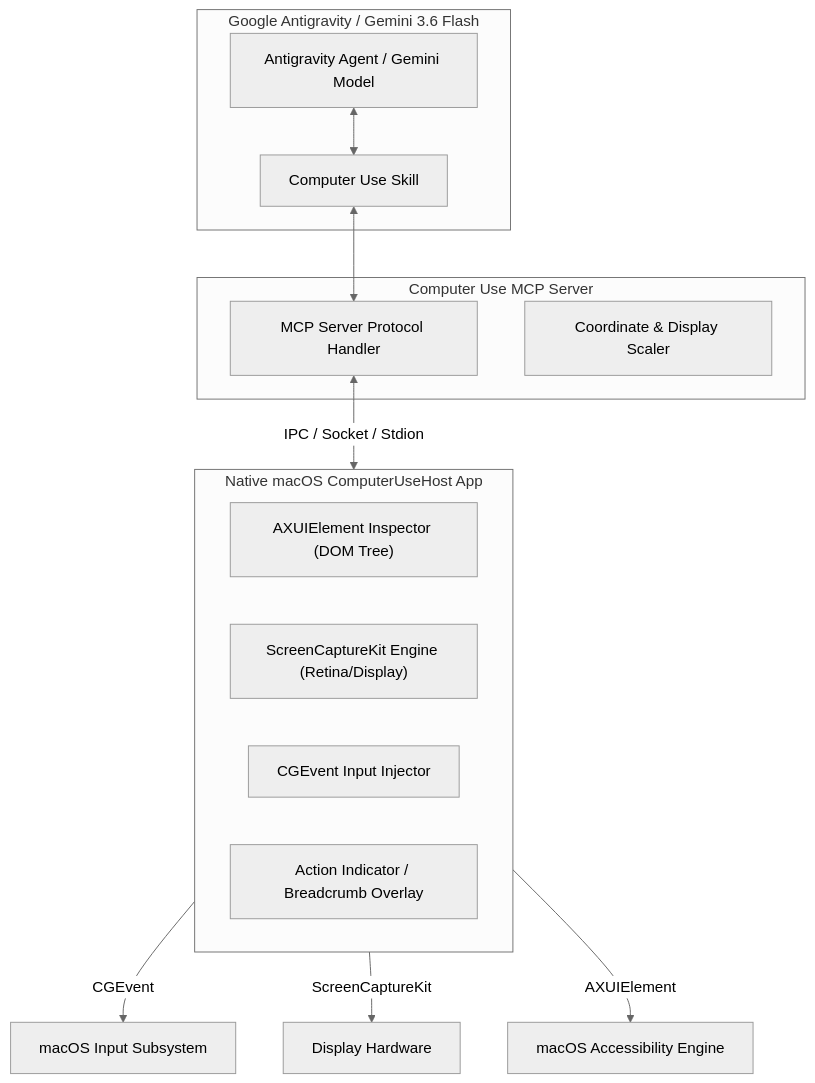
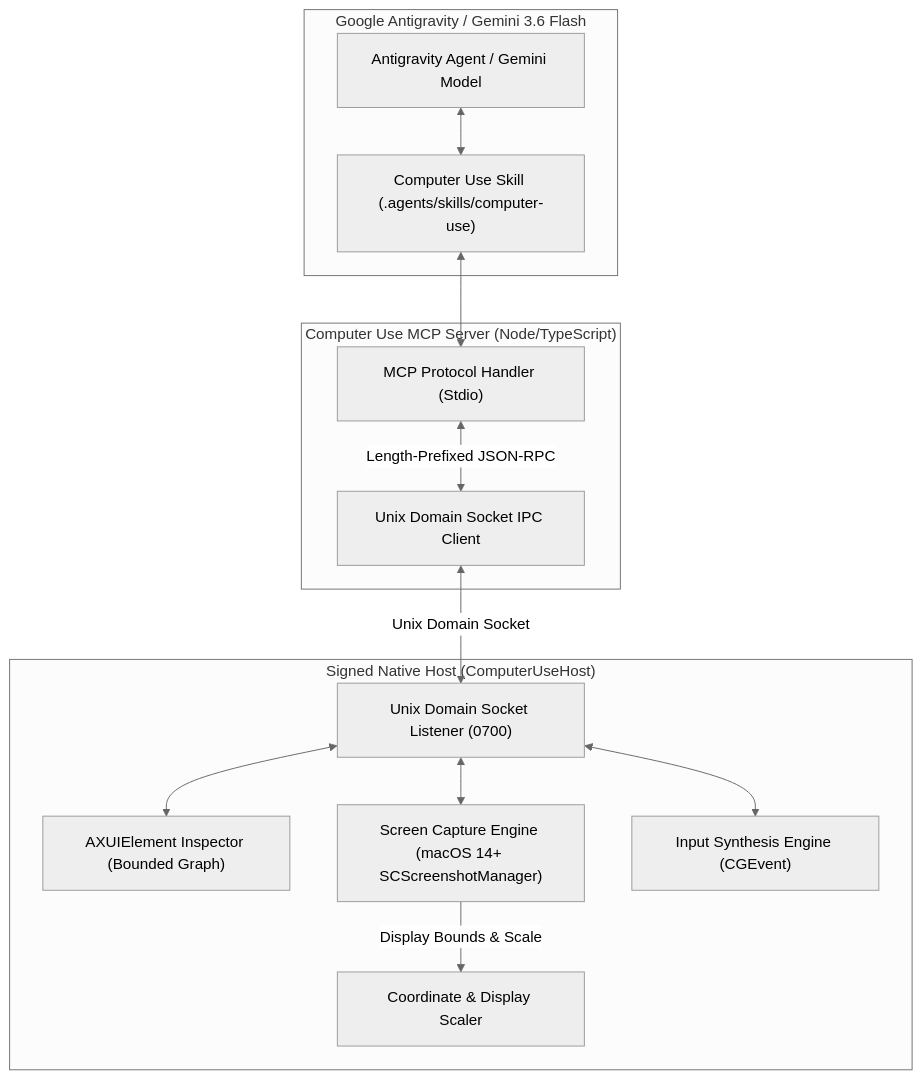
One commit to saariuslystoned/agy-computer-use changed the diagram in README.md. Above: the diagram before and after it, drawn with Mermaid (neutral theme). The commit also changed other lines of this file and 47 other files, not shown here.

Commit message:
feat: v0.1 computer-use architecture, swift host, ts mcp server, adrs, skill, and test suite

````diff
--- a/README.md
+++ b/README.md
@@ -17,26 +20,29 @@
 ```mermaid
 flowchart TD
     subgraph Antigravity ["Google Antigravity / Gemini 3.6 Flash"]
         Agent["Antigravity Agent / Gemini Model"]
-        Skill["Computer Use Skill"]
+        Skill["Computer Use Skill (.agents/skills/computer-use)"]
     end
 
-    subgraph Server ["Computer Use MCP Server"]
-        MCP["MCP Server Protocol Handler"]
-        CoordMapper["Coordinate & Display Scaler"]
+    subgraph Server ["Computer Use MCP Server (Node/TypeScript)"]
+        MCP["MCP Protocol Handler (Stdio)"]
+        SocketClient["Unix Domain Socket IPC Client"]
     end
 
-    subgraph Native ["Native macOS ComputerUseHost App"]
-        AXEngine["AXUIElement Inspector (DOM Tree)"]
-        CapEngine["ScreenCaptureKit Engine (Retina/Display)"]
-        InputEngine["CGEvent Input Injector"]
-        OverlayUI["Action Indicator / Breadcrumb Overlay"]
+    subgraph Native ["Signed Native Host (ComputerUseHost)"]
+        SocketServer["Unix Domain Socket Listener (0700)"]
+        AXEngine["AXUIElement Inspector (Bounded Graph)"]
+        CapEngine["Screen Capture Engine (macOS 14+ SCScreenshotManager)"]
+        InputEngine["Input Synthesis Engine (CGEvent)"]
+        CoordMapper["Coordinate & Display Scaler"]
     end
 
     Agent <--> Skill
     Skill <--> MCP
-    MCP <-->|IPC / Socket / Stdion| Native
-    Native -->|CGEvent| OSInput["macOS Input Subsystem"]
-    Native -->|ScreenCaptureKit| Display["Display Hardware"]
-    Native -->|AXUIElement| AXTree["macOS Accessibility Engine"]
+    MCP <-->|Length-Prefixed JSON-RPC| SocketClient
+    SocketClient <-->|Unix Domain Socket| SocketServer
+    SocketServer <--> AXEngine
+    SocketServer <--> CapEngine
+    SocketServer <--> InputEngine
+    CapEngine -->|Display Bounds & Scale| CoordMapper
 ```
````
